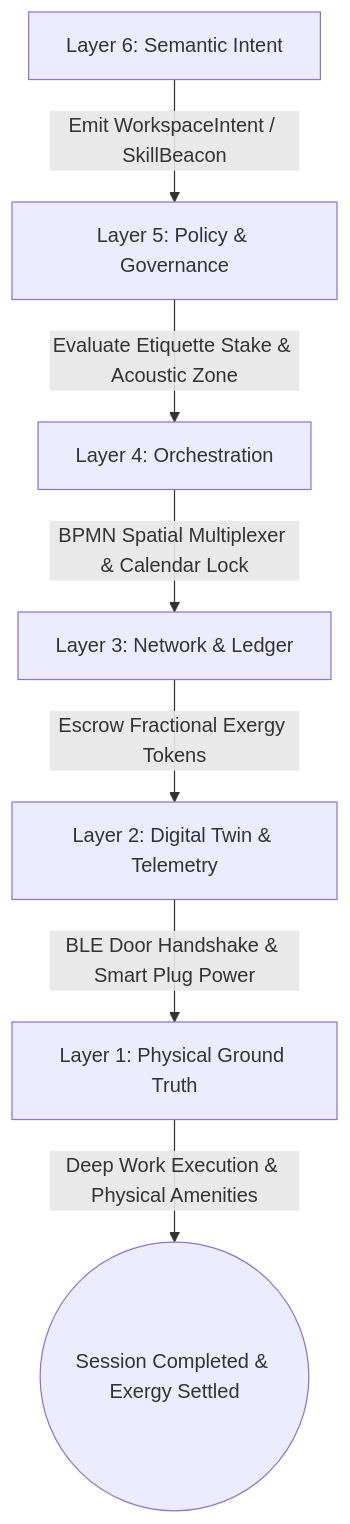
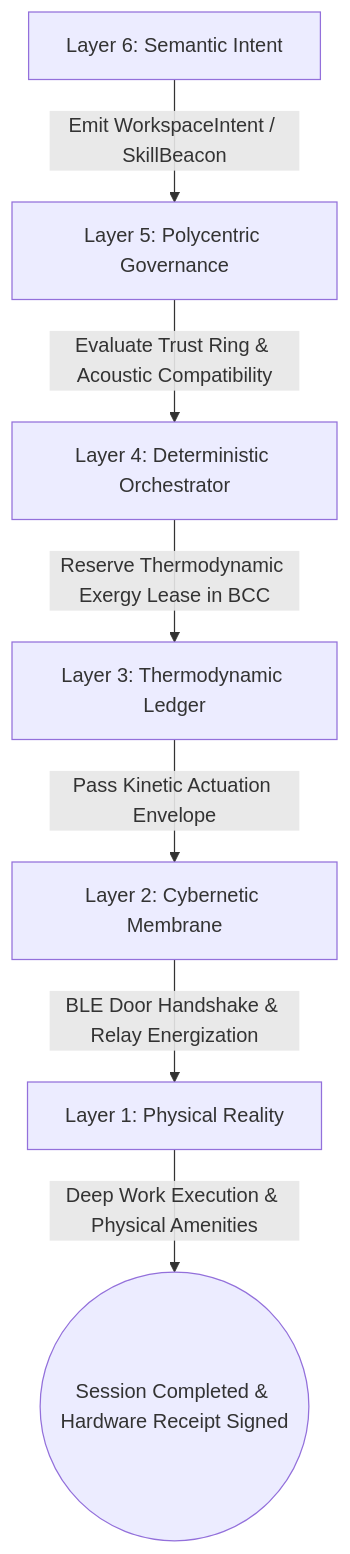
One commit to raffaine/collective changed the first of 4 diagrams in docs/scenarios/epsilon_coworking.md. Above: the diagram before and after it, drawn with Mermaid. The commit also changed other lines of this file and 23 other files, not shown here.

````diff
--- a/docs/scenarios/epsilon_coworking.md
+++ b/docs/scenarios/epsilon_coworking.md
@@ -39,9 +41,9 @@
 ```mermaid
 graph TD
-    L6[Layer 6: Semantic Intent] -->|Emit WorkspaceIntent / SkillBeacon| L5[Layer 5: Policy & Governance]
-    L5 -->|Evaluate Etiquette Stake & Acoustic Zone| L4[Layer 4: Orchestration]
-    L4 -->|BPMN Spatial Multiplexer & Calendar Lock| L3[Layer 3: Network & Ledger]
-    L3 -->|Escrow Fractional Exergy Tokens| L2[Layer 2: Digital Twin & Telemetry]
-    L2 -->|BLE Door Handshake & Smart Plug Power| L1[Layer 1: Physical Ground Truth]
-    L1 -->|Deep Work Execution & Physical Amenities| End((Session Completed & Exergy Settled))
+    L6[Layer 6: Semantic Intent] -->|Emit WorkspaceIntent / SkillBeacon| L5[Layer 5: Polycentric Governance]
+    L5 -->|Evaluate Trust Ring & Acoustic Compatibility| L4[Layer 4: Deterministic Orchestrator]
+    L4 -->|Reserve Thermodynamic Exergy Lease in BCC| L3[Layer 3: Thermodynamic Ledger]
+    L3 -->|Pass Kinetic Actuation Envelope| L2[Layer 2: Cybernetic Membrane]
+    L2 -->|BLE Door Handshake & Relay Energization| L1[Layer 1: Physical Reality]
+    L1 -->|Deep Work Execution & Physical Amenities| End((Session Completed & Hardware Receipt Signed))
 ```
````
